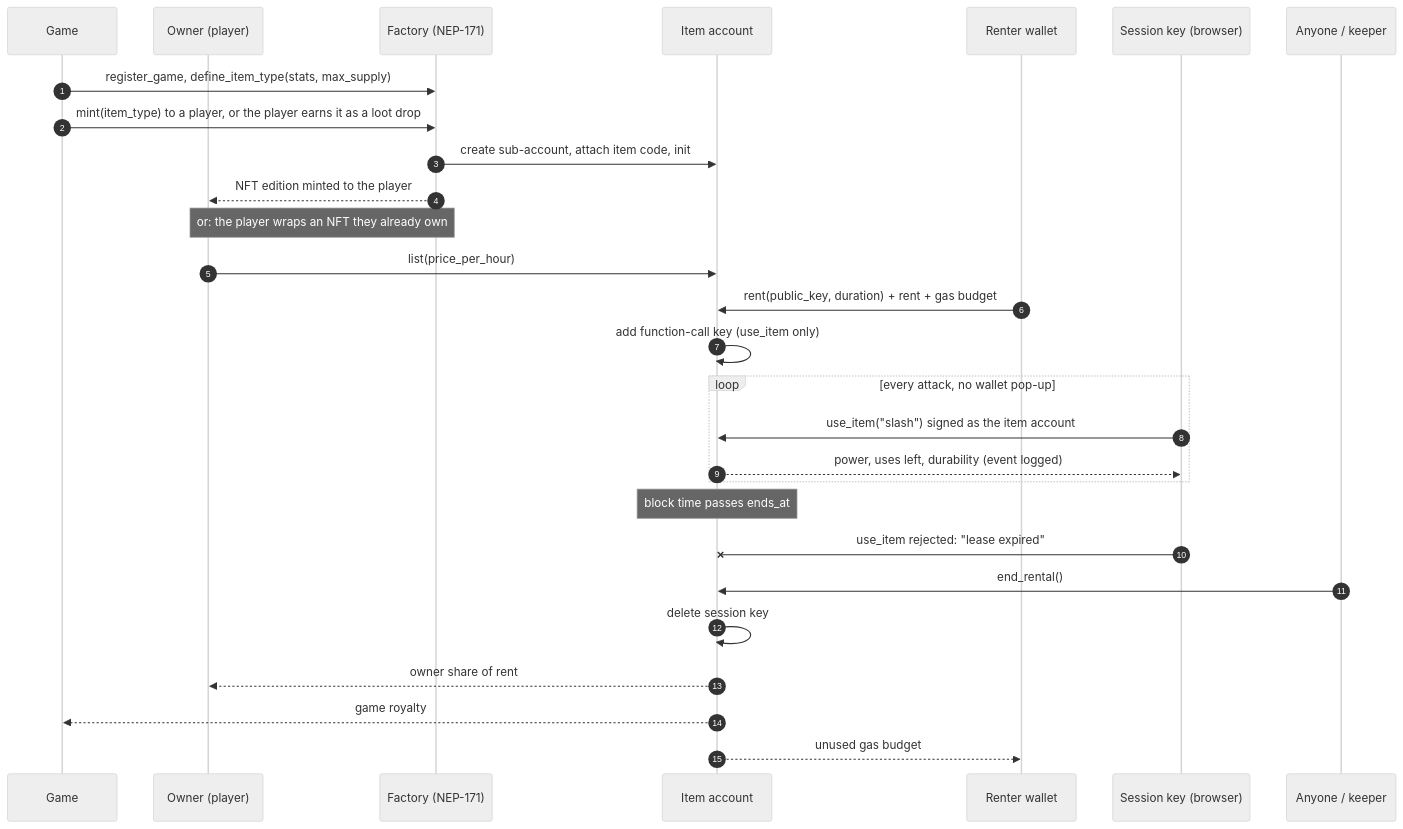
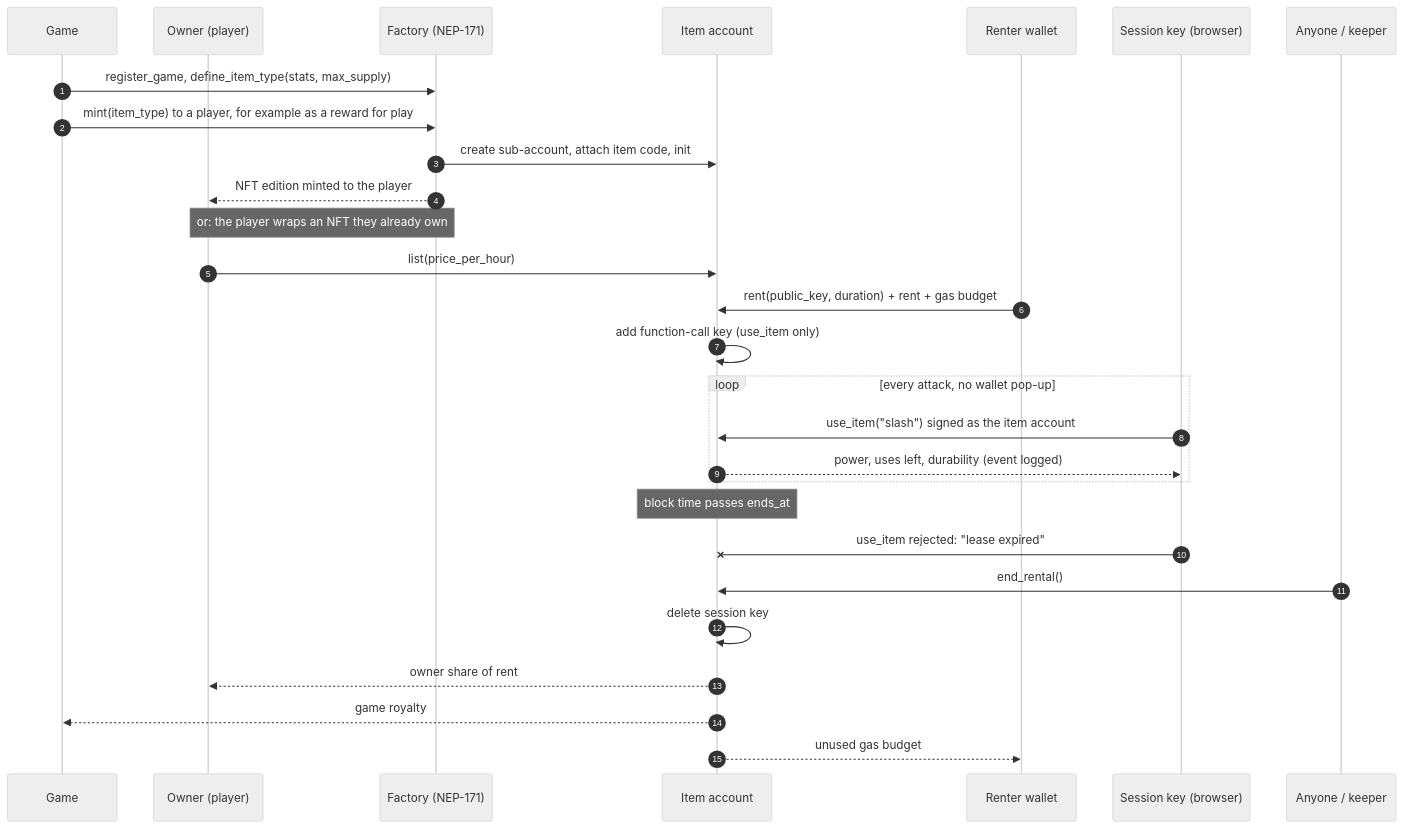
Before and after one commit to amannx21/LEASEKEY: the diagram in README.md, drawn with Mermaid (neutral theme). The commit also changed other lines of this file and 3 other files, not shown here.

````diff
--- a/README.md
+++ b/README.md
@@ -48,31 +79,31 @@
 ```mermaid
 sequenceDiagram
     autonumber
     participant G as Game
     participant O as Owner (player)
     participant F as Factory (NEP-171)
     participant I as Item account
     participant R as Renter wallet
     participant K as Session key (browser)
     participant A as Anyone / keeper
 
     G->>F: register_game, define_item_type(stats, max_supply)
-    G->>F: mint(item_type) to a player, or the player earns it as a loot drop
+    G->>F: mint(item_type) to a player, for example as a reward for play
     F->>I: create sub-account, attach item code, init
     F-->>O: NFT edition minted to the player
     Note over O,F: or: the player wraps an NFT they already own
     O->>I: list(price_per_hour)
     R->>I: rent(public_key, duration) + rent + gas budget
     I->>I: add function-call key (use_item only)
     loop every attack, no wallet pop-up
         K->>I: use_item("slash") signed as the item account
         I-->>K: power, uses left, durability (event logged)
     end
     Note over I: block time passes ends_at
     K-xI: use_item rejected: "lease expired"
     A->>I: end_rental()
     I->>I: delete session key
     I-->>O: owner share of rent
     I-->>G: game royalty
     I-->>R: unused gas budget
 ```
````
